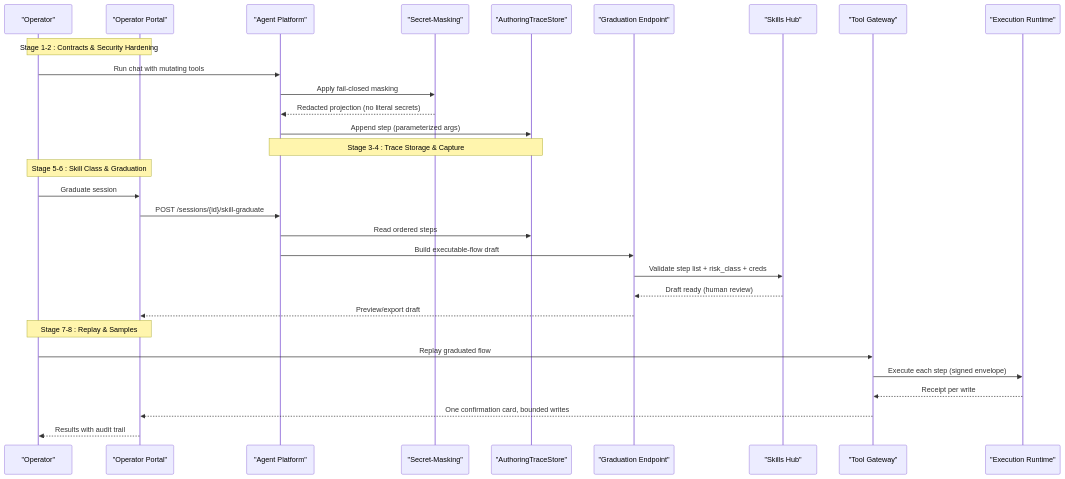
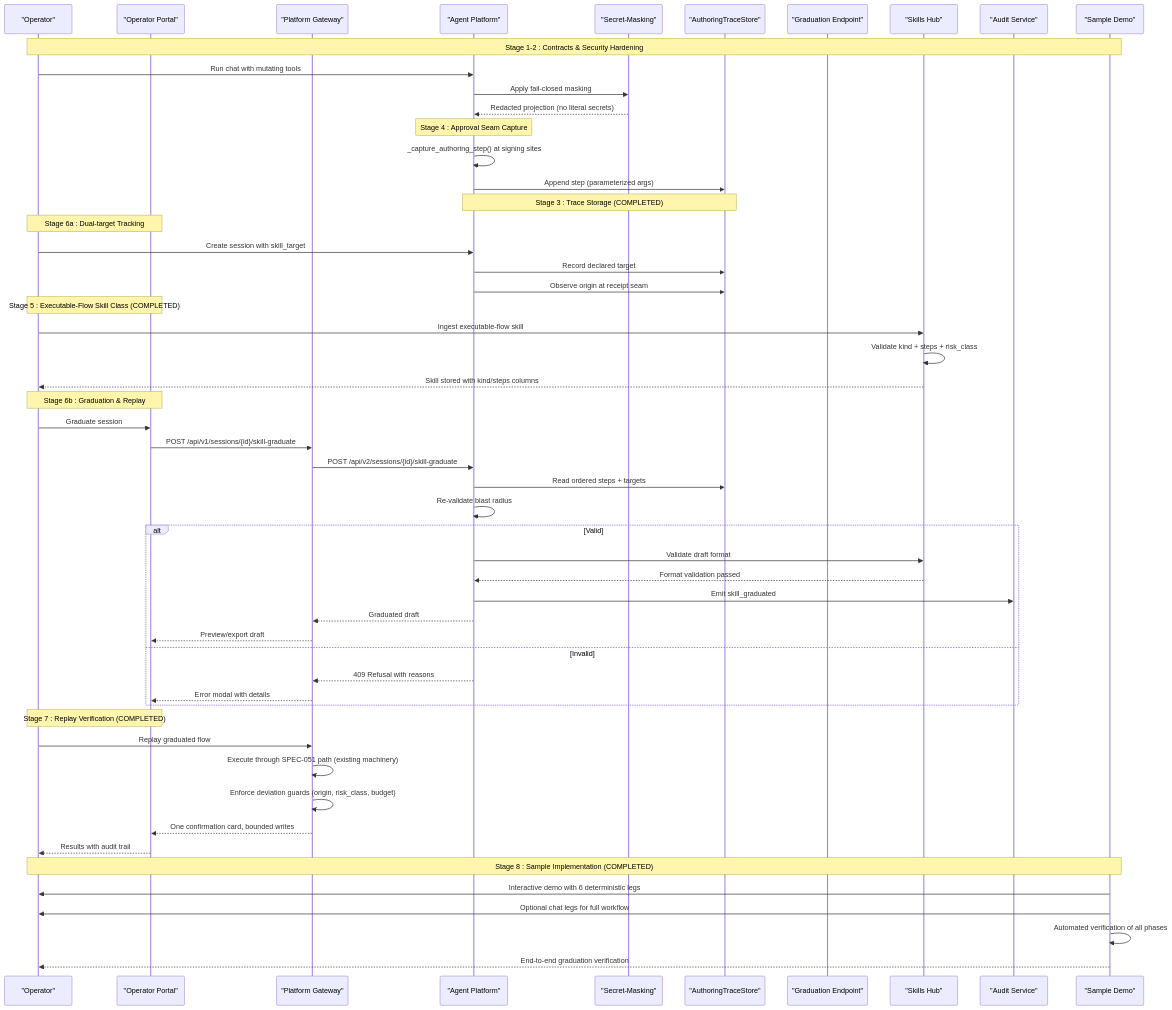
The second of 11 diagrams in .qoder/repowiki/en/content/Architecture Documentation/SPEC-055_ Develop-as-You-Go Skill Graduation.md (metasync/luban-aiops), drawn with Mermaid before and after one commit. The commit also changed other lines of this file and 48 other files, not shown here.

````diff
--- a/.qoder/repowiki/en/content/Architecture Documentation/SPEC-055_ Develop-as-You-Go Skill Graduation.md
+++ b/.qoder/repowiki/en/content/Architecture Documentation/SPEC-055_ Develop-as-You-Go Skill Graduation.md
@@ -124,32 +193,56 @@
 ```mermaid
 sequenceDiagram
 participant Operator as "Operator"
 participant Portal as "Operator Portal"
+participant GW as "Platform Gateway"
 participant Agent as "Agent Platform"
 participant Mask as "Secret-Masking"
 participant Trace as "AuthoringTraceStore"
 participant Grad as "Graduation Endpoint"
 participant Hub as "Skills Hub"
-participant GW as "Tool Gateway"
-participant ER as "Execution Runtime"
-Note over Operator,Portal : Stage 1-2 : Contracts & Security Hardening
+participant Audit as "Audit Service"
+participant Demo as "Sample Demo"
+Note over Operator,Demo : Stage 1-2 : Contracts & Security Hardening
 Operator->>Agent : Run chat with mutating tools
 Agent->>Mask : Apply fail-closed masking
 Mask-->>Agent : Redacted projection (no literal secrets)
+Note over Agent,Agent : Stage 4 : Approval Seam Capture
+Agent->>Agent : _capture_authoring_step() at signing sites
 Agent->>Trace : Append step (parameterized args)
-Note over Agent,Trace : Stage 3-4 : Trace Storage & Capture
-Note over Operator,Portal : Stage 5-6 : Skill Class & Graduation
+Note over Agent,Trace : Stage 3 : Trace Storage (COMPLETED)
+Note over Operator,Portal : Stage 6a : Dual-target Tracking
+Operator->>Agent : Create session with skill_target
+Agent->>Trace : Record declared target
+Agent->>Trace : Observe origin at receipt seam
+Note over Operator,Portal : Stage 5 : Executable-Flow Skill Class (COMPLETED)
+Operator->>Hub : Ingest executable-flow skill
+Hub->>Hub : Validate kind + steps + risk_class
+Hub-->>Operator : Skill stored with kind/steps columns
+Note over Portal,Operator : Stage 6b : Graduation & Replay
 Operator->>Portal : Graduate session
-Portal->>Agent : POST /sessions/{id}/skill-graduate
-Agent->>Trace : Read ordered steps
-Agent->>Grad : Build executable-flow draft
-Grad->>Hub : Validate step list + risk_class + creds
-Hub-->>Grad : Draft ready (human review)
-Grad-->>Portal : Preview/export draft
-Note over Portal,Operator : Stage 7-8 : Replay & Samples
+Portal->>GW : POST /api/v1/sessions/{id}/skill-graduate
+GW->>Agent : POST /api/v2/sessions/{id}/skill-graduate
+Agent->>Trace : Read ordered steps + targets
+Agent->>Agent : Re-validate blast radius
+alt Valid
+Agent->>Hub : Validate draft format
+Hub-->>Agent : Format validation passed
+Agent->>Audit : Emit skill_graduated
+Agent-->>GW : Graduated draft
+GW-->>Portal : Preview/export draft
+else Invalid
+Agent-->>GW : 409 Refusal with reasons
+GW-->>Portal : Error modal with details
+end
+Note over Portal,Operator : Stage 7 : Replay Verification (COMPLETED)
 Operator->>GW : Replay graduated flow
-GW->>ER : Execute each step (signed envelope)
-ER-->>GW : Receipt per write
+GW->>GW : Execute through SPEC-051 path (existing machinery)
+GW->>GW : Enforce deviation guards (origin, risk_class, budget)
 GW-->>Portal : One confirmation card, bounded writes
 Portal-->>Operator : Results with audit trail
+Note over Demo,Operator : Stage 8 : Sample Implementation (COMPLETED)
+Demo->>Operator : Interactive demo with 6 deterministic legs
+Demo->>Operator : Optional chat legs for full workflow
+Demo->>Demo : Automated verification of all phases
+Demo-->>Operator : End-to-end graduation verification
 ```
````
